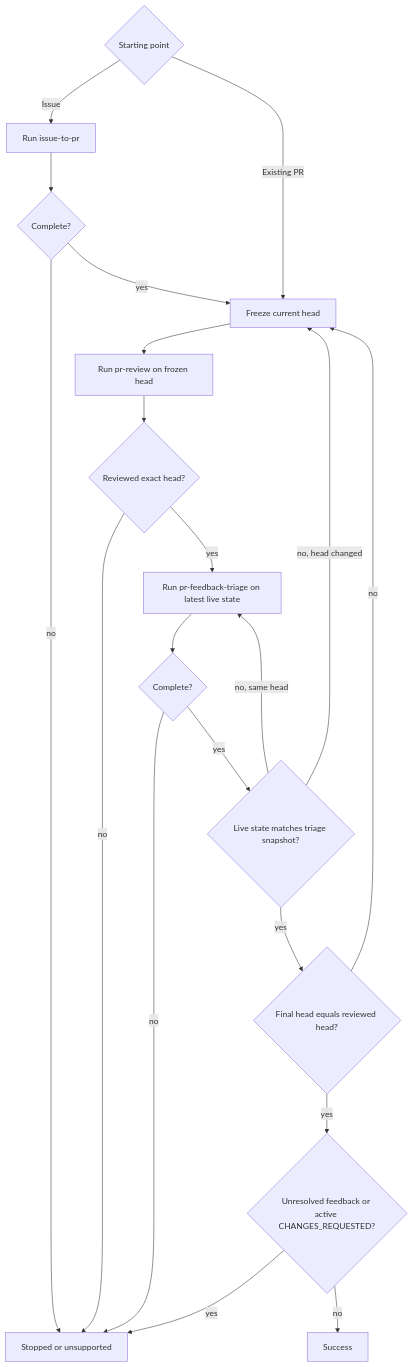
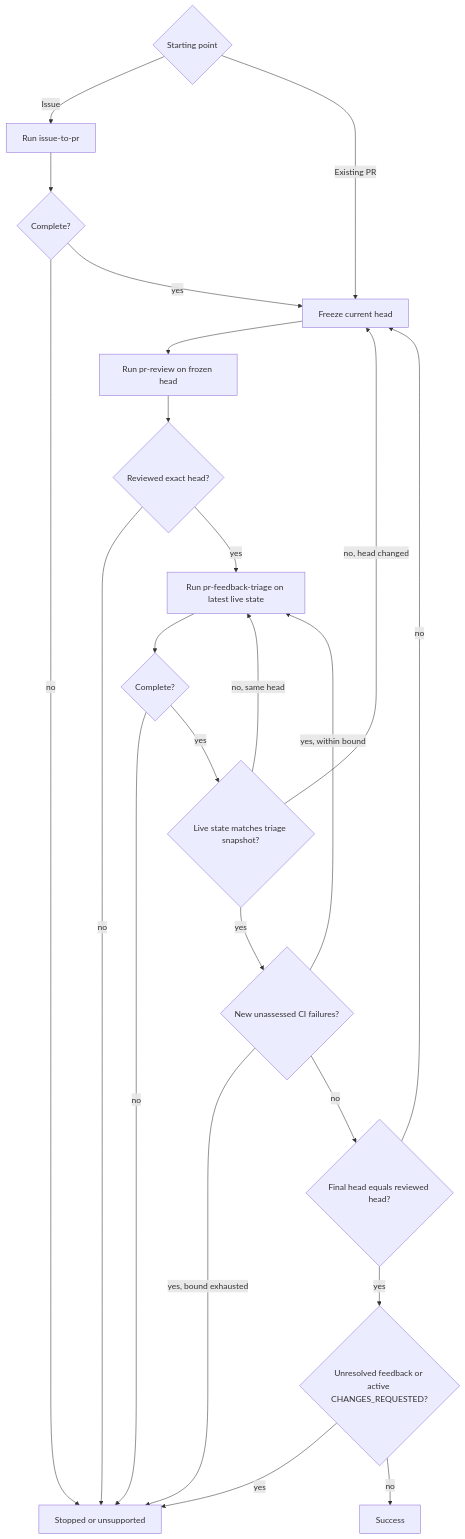
Before and after one commit to dceoy/pr-loop: the diagram in skills/pr-loop/SKILL.md, drawn with Mermaid. The commit also changed other lines of this file and 1 other file, not shown here.

Commit message:
fix: classify CI outcomes and triage newly observed failures

````diff
--- a/skills/pr-loop/SKILL.md
+++ b/skills/pr-loop/SKILL.md
@@ -32,22 +36,25 @@
 ```mermaid
 flowchart TD
   S{Starting point} -->|Issue| I[Run issue-to-pr]
   S -->|Existing PR| A[Freeze current head]
   I --> J{Complete?}
   J -->|no| X[Stopped or unsupported]
   J -->|yes| A
   A --> B[Run pr-review on frozen head]
   B --> C{Reviewed exact head?}
   C -->|no| X
   C -->|yes| D[Run pr-feedback-triage on latest live state]
   D --> E{Complete?}
   E -->|no| X
   E -->|yes| F{Live state matches triage snapshot?}
   F -->|no, same head| D
   F -->|no, head changed| A
-  F -->|yes| G{Final head equals reviewed head?}
+  F -->|yes| K{New unassessed CI failures?}
+  K -->|yes, within bound| D
+  K -->|yes, bound exhausted| X
+  K -->|no| G{Final head equals reviewed head?}
   G -->|no| A
   G -->|yes| H{Unresolved feedback or active CHANGES_REQUESTED?}
   H -->|yes| X
   H -->|no| Y[Success]
 ```
````
